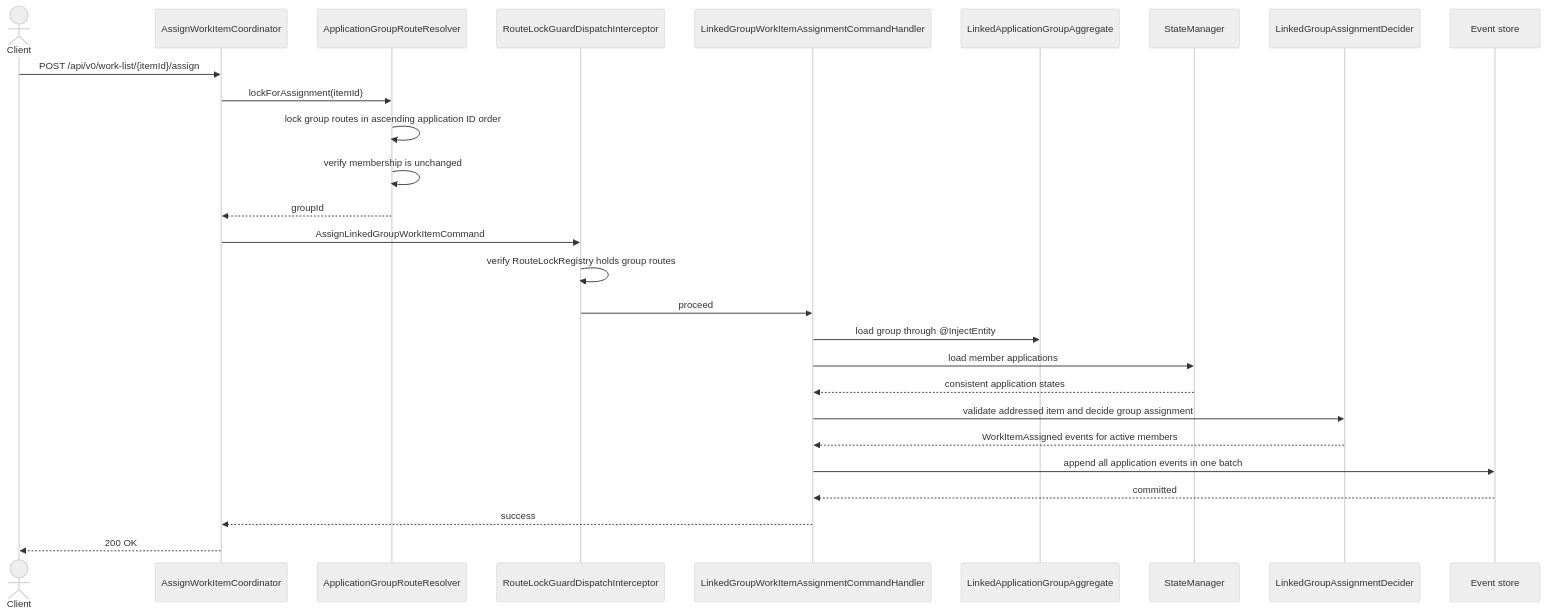
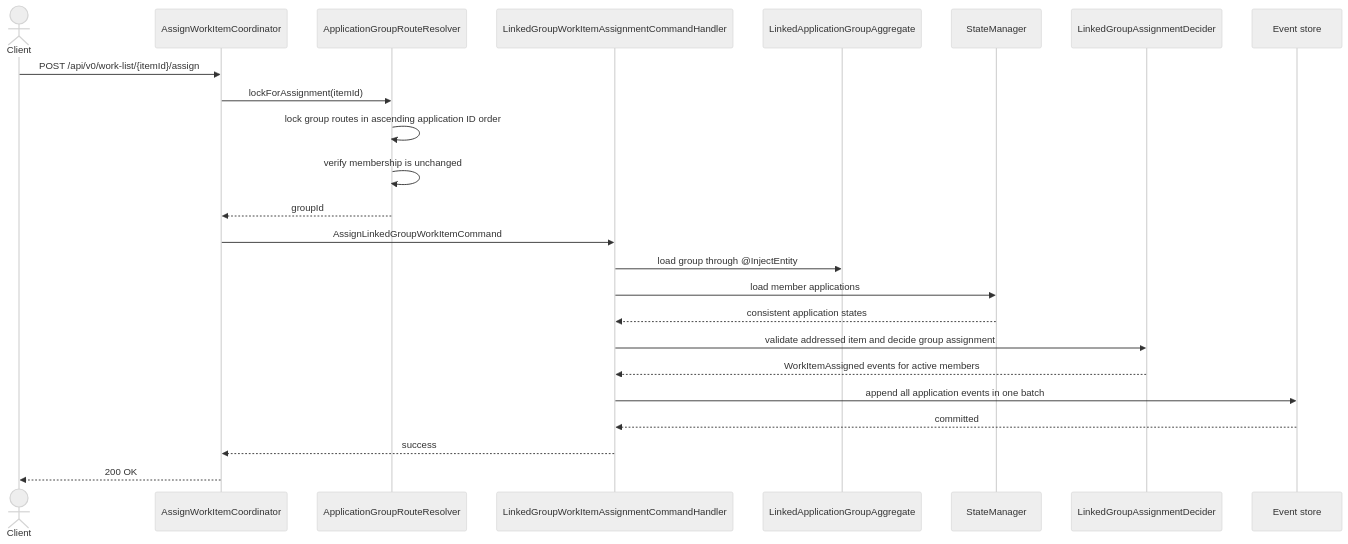
The second of 3 diagrams in data-access-service-axon/docs/sequence-diagrams/05-linked-group-assignment.md (ministryofjustice/laa-data-access-api), drawn with Mermaid (neutral theme) before and after one commit. The commit also changed other lines of this file and 16 other files, not shown here.

First line of the commit message:
refactor(linked-groups): replace runtime route-lock guard with ArchUnit rule

````diff
--- a/data-access-service-axon/docs/sequence-diagrams/05-linked-group-assignment.md
+++ b/data-access-service-axon/docs/sequence-diagrams/05-linked-group-assignment.md
@@ -41,30 +41,27 @@
 ```mermaid
 sequenceDiagram
     actor Client
     participant Coordinator as AssignWorkItemCoordinator
     participant Resolver as ApplicationGroupRouteResolver
-    participant Guard as RouteLockGuardDispatchInterceptor
     participant Handler as LinkedGroupWorkItemAssignmentCommandHandler
     participant Group as LinkedApplicationGroupAggregate
     participant StateManager
     participant Decider as LinkedGroupAssignmentDecider
     participant EventStore as Event store
 
     Client->>Coordinator: POST /api/v0/work-list/{itemId}/assign
     Coordinator->>Resolver: lockForAssignment(itemId)
     Resolver->>Resolver: lock group routes in ascending application ID order
     Resolver->>Resolver: verify membership is unchanged
     Resolver-->>Coordinator: groupId
-    Coordinator->>Guard: AssignLinkedGroupWorkItemCommand
-    Guard->>Guard: verify RouteLockRegistry holds group routes
-    Guard->>Handler: proceed
+    Coordinator->>Handler: AssignLinkedGroupWorkItemCommand
     Handler->>Group: load group through @InjectEntity
     Handler->>StateManager: load member applications
     StateManager-->>Handler: consistent application states
     Handler->>Decider: validate addressed item and decide group assignment
     Decider-->>Handler: WorkItemAssigned events for active members
     Handler->>EventStore: append all application events in one batch
     EventStore-->>Handler: committed
     Handler-->>Coordinator: success
     Coordinator-->>Client: 200 OK
 ```
````
